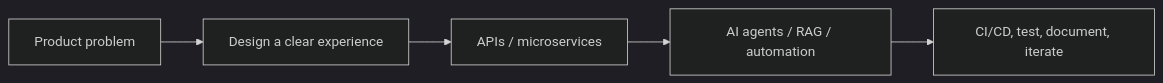
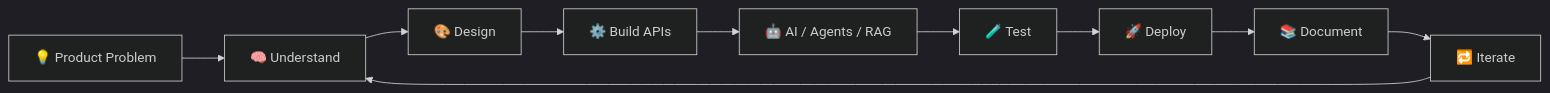
Before and after one commit to Cod4Nitish/Cod4Nitish: the diagram in README.md, drawn with Mermaid (dark theme). The commit also changed other lines of this file, not shown here.

````diff
--- a/README.md
+++ b/README.md
@@ -53,7 +281,12 @@
 ```mermaid
 flowchart LR
-    A[Product problem] --> B[Design a clear experience]
-    B --> C[APIs / microservices]
-    C --> D[AI agents / RAG / automation]
-    D --> E[CI/CD, test, document, iterate]
+    A[💡 Product Problem] --> B[🧠 Understand]
+    B --> C[🎨 Design]
+    C --> D[⚙️ Build APIs]
+    D --> E[🤖 AI / Agents / RAG]
+    E --> F[🧪 Test]
+    F --> G[🚀 Deploy]
+    G --> H[📚 Document]
+    H --> I[🔁 Iterate]
+    I --> B
 ```
````
